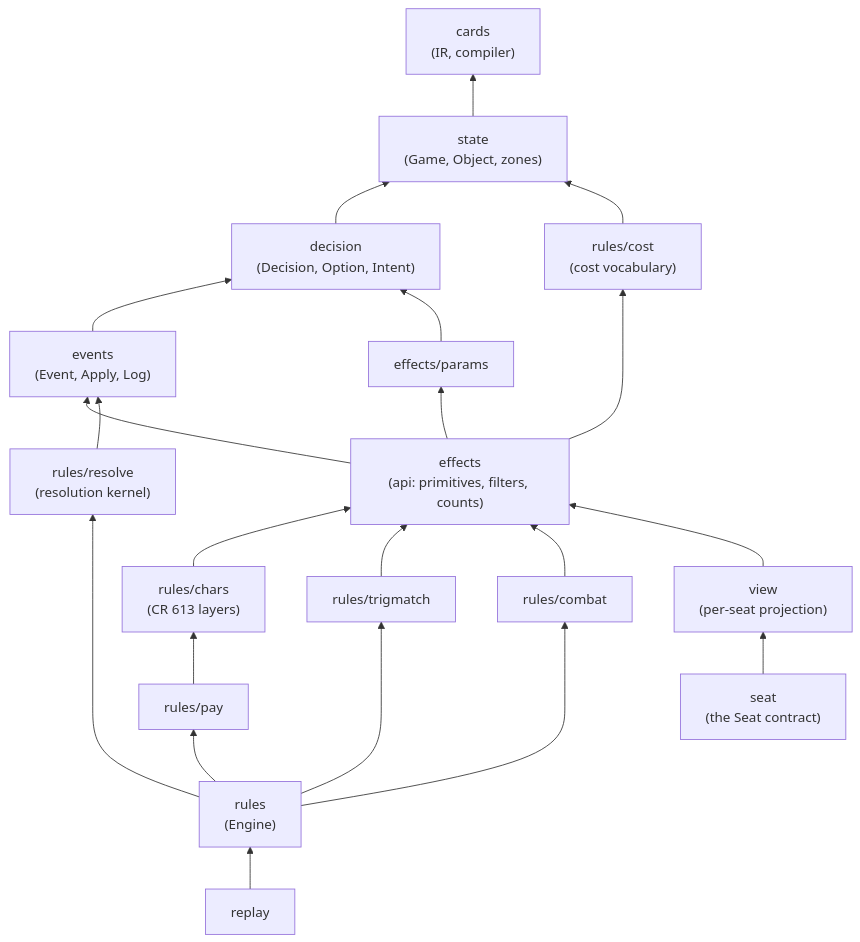
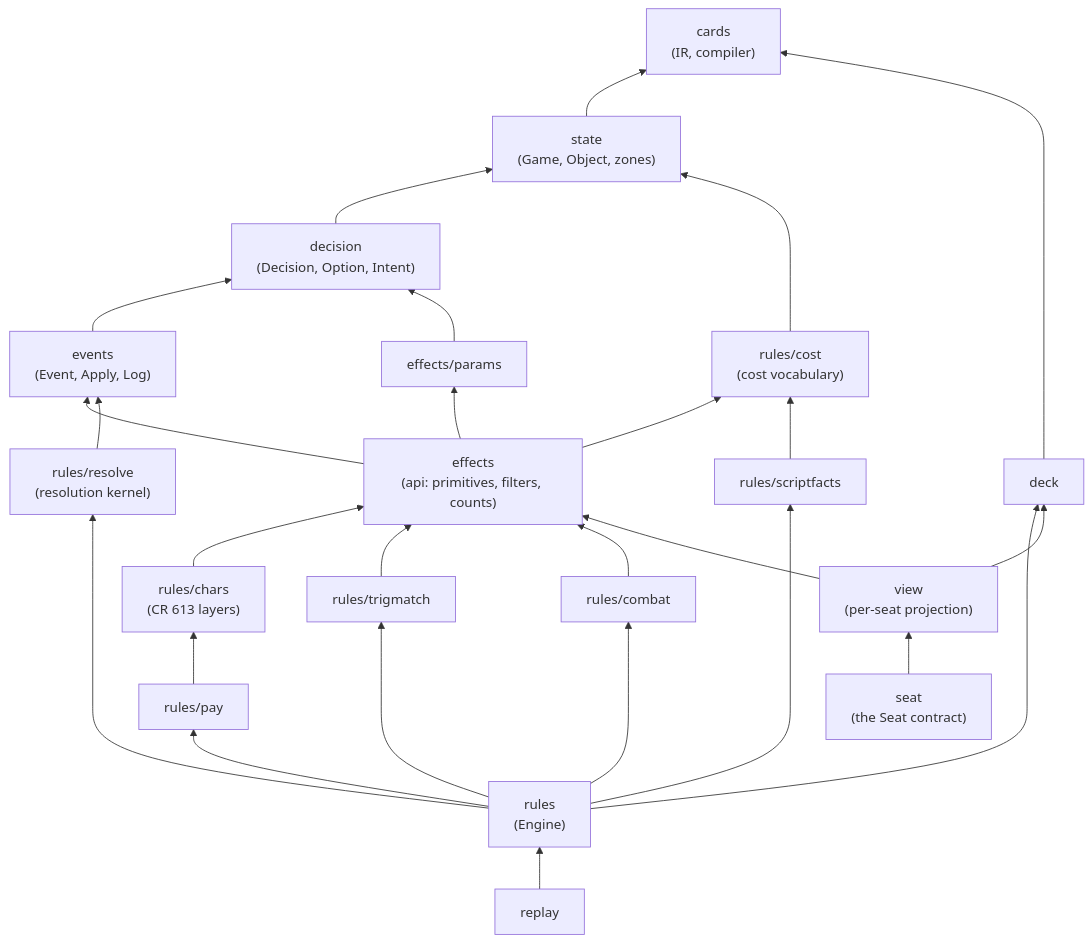
The first of 2 diagrams in docs/site/architecture/index.md (adams-shaun/gorge), drawn with Mermaid before and after one commit. The commit also changed other lines of this file and 11 other files, not shown here.

````diff
--- a/docs/site/architecture/index.md
+++ b/docs/site/architecture/index.md
@@ -149,24 +150,29 @@
 ```mermaid
 flowchart BT
   cards["cards<br/>(IR, compiler)"]
   state["state<br/>(Game, Object, zones)"] --> cards
   decision["decision<br/>(Decision, Option, Intent)"] --> state
   events["events<br/>(Event, Apply, Log)"] --> decision
   cost["rules/cost<br/>(cost vocabulary)"] --> state
   params["effects/params"] --> decision
   effects["effects<br/>(api: primitives, filters, counts)"] --> events
   effects --> cost
   effects --> params
   chars["rules/chars<br/>(CR 613 layers)"] --> effects
   trig["rules/trigmatch"] --> effects
   combat["rules/combat"] --> effects
   pay["rules/pay"] --> chars
   resolve["rules/resolve<br/>(resolution kernel)"] --> events
+  scriptfacts["rules/scriptfacts"] --> cost
+  deck["deck"] --> cards
   rules["rules<br/>(Engine)"] --> pay
   rules --> trig
   rules --> combat
   rules --> resolve
+  rules --> scriptfacts
+  rules --> deck
   view["view<br/>(per-seat projection)"] --> effects
+  view --> deck
   seat["seat<br/>(the Seat contract)"] --> view
   replay["replay"] --> rules
 ```
````
